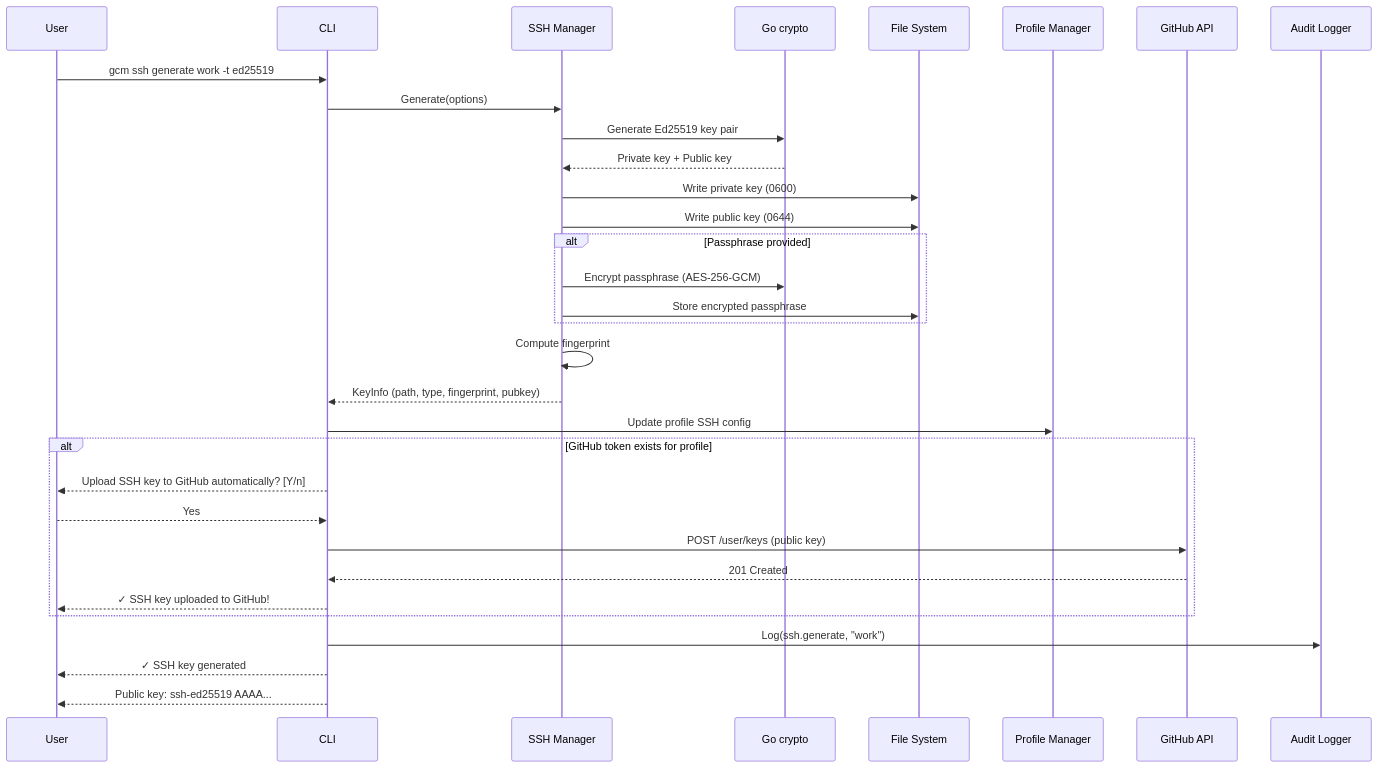
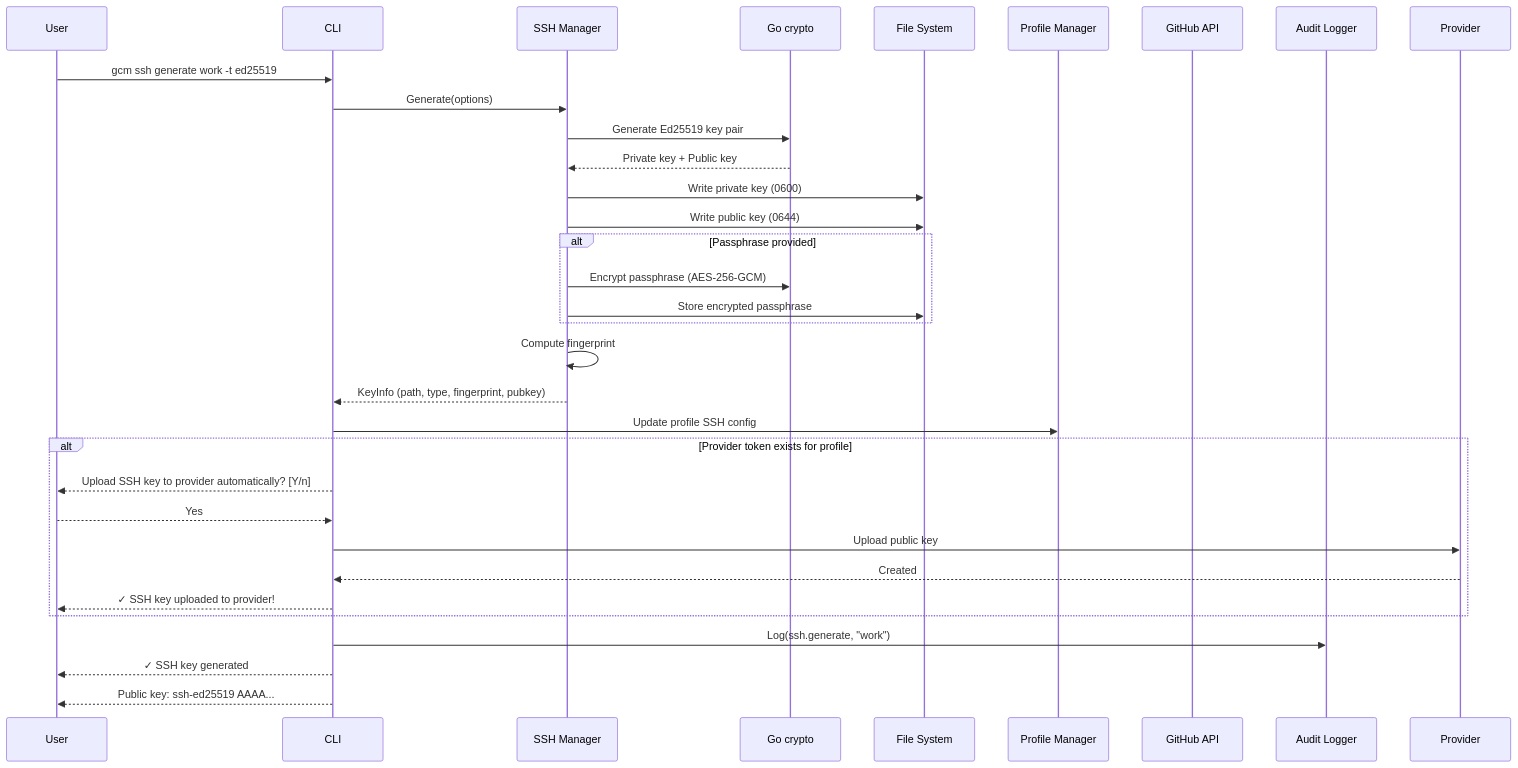
The fifth of 15 diagrams in docs/data-flow.md (sijunda/github-config-manager), drawn with Mermaid before and after one commit. The commit also changed 30 other files, not shown here.

First line of the commit message:
Refactor Git Config Manager to support provider accounts and improve token management

````diff
--- a/docs/data-flow.md
+++ b/docs/data-flow.md
@@ -127,41 +127,41 @@
 ```mermaid
 sequenceDiagram
     participant User
     participant CLI
     participant SSHMgr as SSH Manager
     participant Crypto as Go crypto
     participant FS as File System
     participant ProfileMgr as Profile Manager
     participant GitHub as GitHub API
     participant AuditLog as Audit Logger
 
     User->>CLI: gcm ssh generate work -t ed25519
     CLI->>SSHMgr: Generate(options)
     SSHMgr->>Crypto: Generate Ed25519 key pair
     Crypto-->>SSHMgr: Private key + Public key
     
     SSHMgr->>FS: Write private key (0600)
     SSHMgr->>FS: Write public key (0644)
     
     alt Passphrase provided
         SSHMgr->>Crypto: Encrypt passphrase (AES-256-GCM)
         SSHMgr->>FS: Store encrypted passphrase
     end
     
     SSHMgr->>SSHMgr: Compute fingerprint
     SSHMgr-->>CLI: KeyInfo (path, type, fingerprint, pubkey)
     
     CLI->>ProfileMgr: Update profile SSH config
 
-    alt GitHub token exists for profile
-        CLI-->>User: Upload SSH key to GitHub automatically? [Y/n]
+    alt Provider token exists for profile
+        CLI-->>User: Upload SSH key to provider automatically? [Y/n]
         User-->>CLI: Yes
-        CLI->>GitHub: POST /user/keys (public key)
-        GitHub-->>CLI: 201 Created
-        CLI-->>User: ✓ SSH key uploaded to GitHub!
+        CLI->>Provider: Upload public key
+        Provider-->>CLI: Created
+        CLI-->>User: ✓ SSH key uploaded to provider!
     end
 
     CLI->>AuditLog: Log(ssh.generate, "work")
     CLI-->>User: ✓ SSH key generated
     CLI-->>User: Public key: ssh-ed25519 AAAA...
 ```
````
